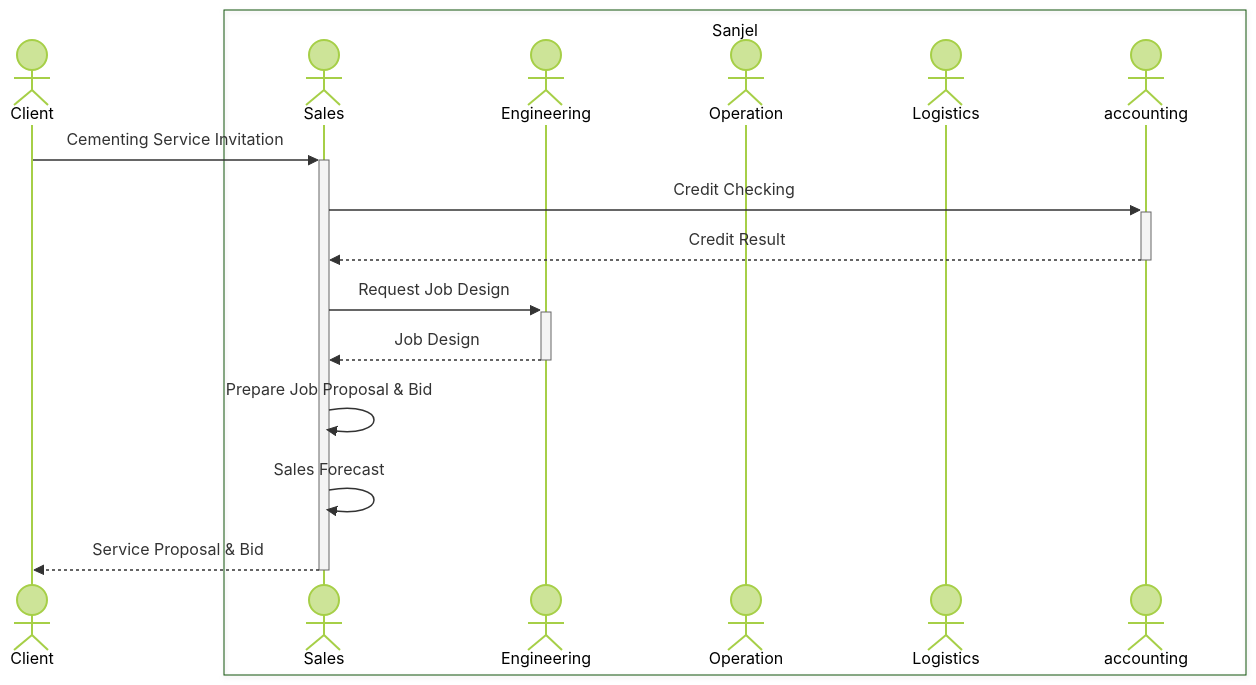
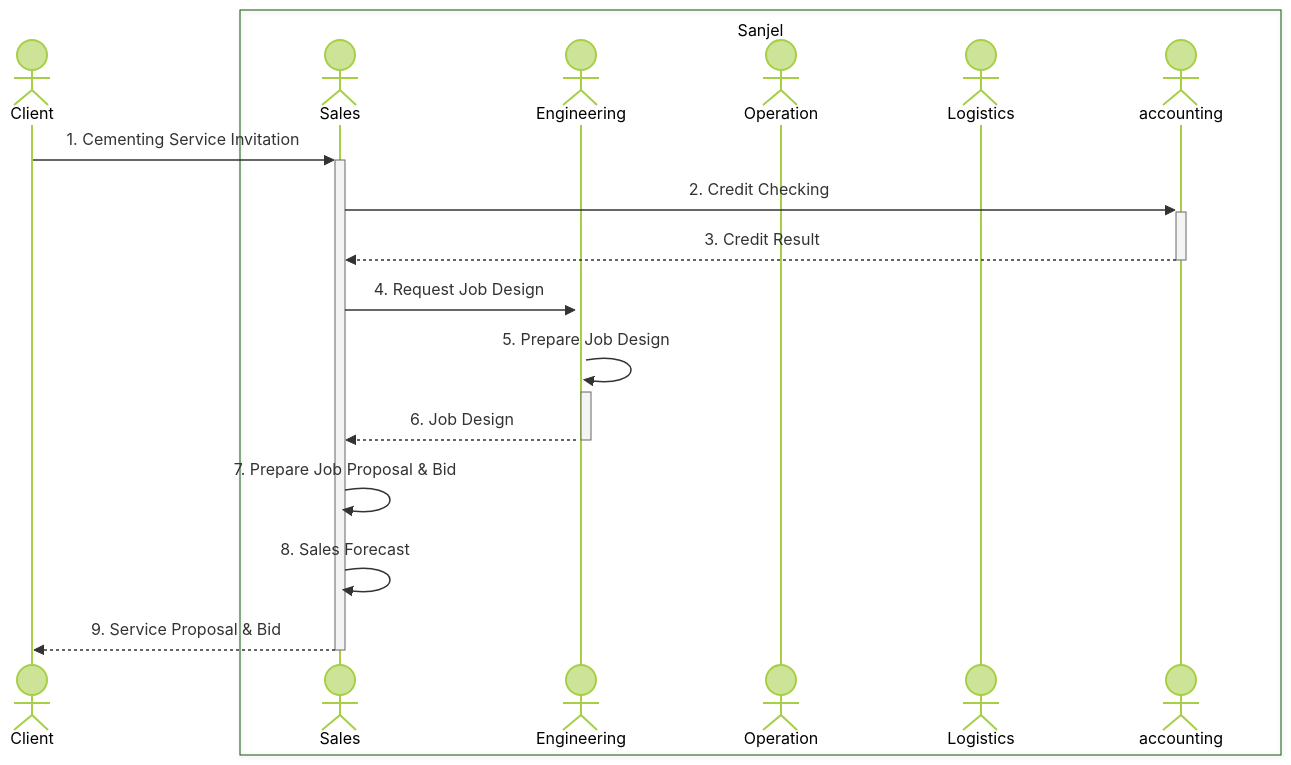
The diagram in Documents/01 - Cementing Service Invitation/collaboration.md (Sanjel-Energy-Services/eService_WorkItems), drawn with Mermaid (forest theme) before and after one commit. The commit also changed other lines of this file and 23 other files, not shown here.

````diff
--- a/Documents/01 - Cementing Service Invitation/collaboration.md
+++ b/Documents/01 - Cementing Service Invitation/collaboration.md
@@ -5,20 +5,21 @@
 ```mermaid
 sequenceDiagram
     actor Client 
 
 box Sanjel
     actor Sales
     actor Engineering
     actor Operation
     actor Logistics
     actor accounting
 end
-    Client->>+Sales: Cementing Service Invitation
-    Sales->>+accounting: Credit Checking
-    accounting-->>-Sales: Credit Result
-    Sales->>+Engineering: Request Job Design
-    Engineering -->>-Sales: Job Design
-    Sales->>Sales: Prepare Job Proposal & Bid
-    Sales->>Sales: Sales Forecast
-    Sales-->>-Client: Service Proposal & Bid
+    Client->>+Sales: 1. Cementing Service Invitation
+    Sales->>+accounting: 2. Credit Checking
+    accounting-->>-Sales: 3. Credit Result
+    Sales->>+Engineering: 4. Request Job Design
+    Engineering->>+ Engineering: 5. Prepare Job Design
+    Engineering -->>-Sales: 6. Job Design
+    Sales->>Sales: 7. Prepare Job Proposal & Bid
+    Sales->>Sales: 8. Sales Forecast
+    Sales-->>-Client: 9. Service Proposal & Bid
 ```
````
